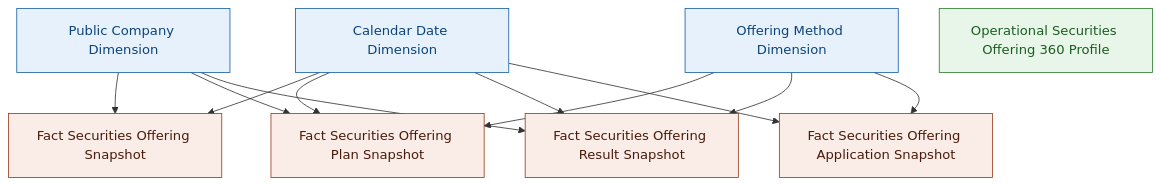
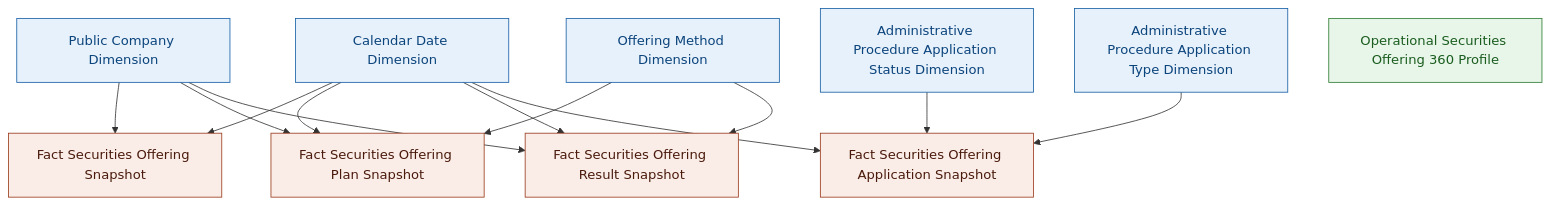
Diagram 22 of 22 in Datamart/hld/DTM_QLCB_HLD.md (linhlvit/ubck_atomic_design), drawn with Mermaid before and after one commit. The commit also changed other lines of this file and 13 other files, not shown here.

````diff
--- a/Datamart/hld/DTM_QLCB_HLD.md
+++ b/Datamart/hld/DTM_QLCB_HLD.md
@@ -1092,31 +1179,34 @@
 ```mermaid
 graph TB
     classDef dim fill:#E6F1FB,stroke:#185FA5,color:#0C447C
     classDef fact fill:#FAECE7,stroke:#993C1D,color:#4A1B0C
     classDef oper fill:#E8F5E9,stroke:#2E7D32,color:#1B5E20
 
     DIM_DATE["Calendar Date Dimension"]:::dim
     DIM_COMPANY["Public Company Dimension"]:::dim
     DIM_OFFRMETHOD["Offering Method Dimension"]:::dim
+    DIM_APSTATUS["Administrative Procedure Application Status Dimension"]:::dim
+    DIM_APTYPE["Administrative Procedure Application Type Dimension"]:::dim
 
     FACT_OFF["Fact Securities Offering Snapshot"]:::fact
     FACT_PLAN["Fact Securities Offering Plan Snapshot"]:::fact
     FACT_RESULT["Fact Securities Offering Result Snapshot"]:::fact
     FACT_APP["Fact Securities Offering Application Snapshot"]:::fact
 
     OPR_OFF["Operational Securities Offering 360 Profile"]:::oper
 
     DIM_DATE --> FACT_OFF
     DIM_COMPANY --> FACT_OFF
 
     DIM_DATE --> FACT_PLAN
     DIM_COMPANY --> FACT_PLAN
     DIM_OFFRMETHOD --> FACT_PLAN
 
     DIM_DATE --> FACT_RESULT
     DIM_COMPANY --> FACT_RESULT
     DIM_OFFRMETHOD --> FACT_RESULT
 
     DIM_DATE --> FACT_APP
-    DIM_OFFRMETHOD --> FACT_APP
+    DIM_APSTATUS --> FACT_APP
+    DIM_APTYPE --> FACT_APP
 ```
````
